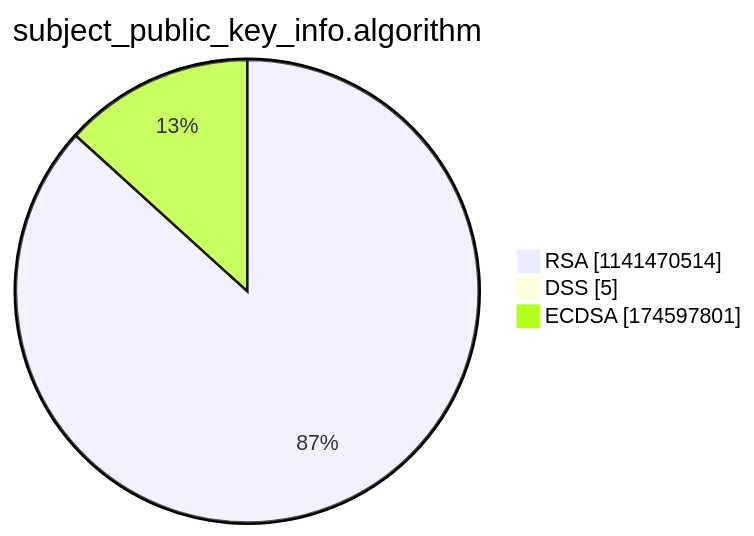
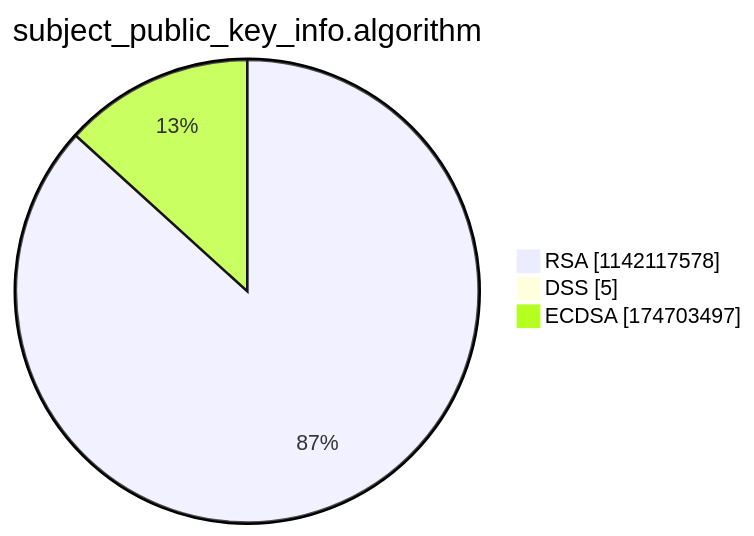
The third of 15 diagrams in argon2022/README.md (christiankrug/ctmonitor_visualization), drawn with Mermaid before and after one commit. The commit also changed other lines of this file, not shown here.

````diff
--- a/argon2022/README.md
+++ b/argon2022/README.md
@@ -14,7 +14,7 @@
 ```mermaid
 pie showData
 title subject_public_key_info.algorithm
-"RSA" :1141470514
+"RSA" :1142117578
 "DSS" :5
-"ECDSA" :174597801
+"ECDSA" :174703497
 ```
````
